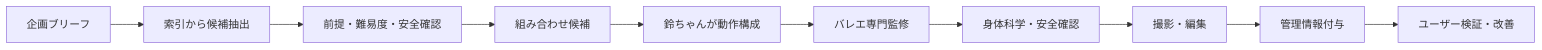
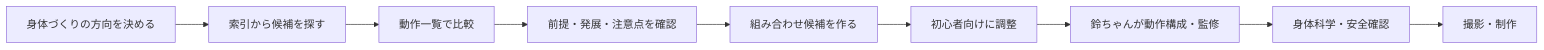
One commit to satomitsu1986/reports changed the ninth of 9 diagrams in docs/content/BDX_BALLET_MOVEMENT_SYSTEM_V1_1.md. Above: the diagram before and after it, drawn with Mermaid. The commit also changed other lines of this file and 1 other file, not shown here.

```diff
--- a/docs/content/BDX_BALLET_MOVEMENT_SYSTEM_V1_1.md
+++ b/docs/content/BDX_BALLET_MOVEMENT_SYSTEM_V1_1.md
@@ -845,12 +600,11 @@
 ~~~mermaid
 flowchart LR
-    B[企画ブリーフ] --> I[索引から候補抽出]
-    I --> Q[前提・難易度・安全確認]
-    Q --> K[組み合わせ候補]
-    K --> S[鈴ちゃんが動作構成]
-    S --> E[バレエ専門監修]
-    E --> R[身体科学・安全確認]
-    R --> F[撮影・編集]
-    F --> M[管理情報付与]
-    M --> V[ユーザー検証・改善]
+    A[身体づくりの方向を決める] --> B[索引から候補を探す]
+    B --> C[動作一覧で比較]
+    C --> D[前提・発展・注意点を確認]
+    D --> E[組み合わせ候補を作る]
+    E --> F[初心者向けに調整]
+    F --> G[鈴ちゃんが動作構成・監修]
+    G --> H[身体科学・安全確認]
+    H --> I[撮影・制作]
 ~~~
```
